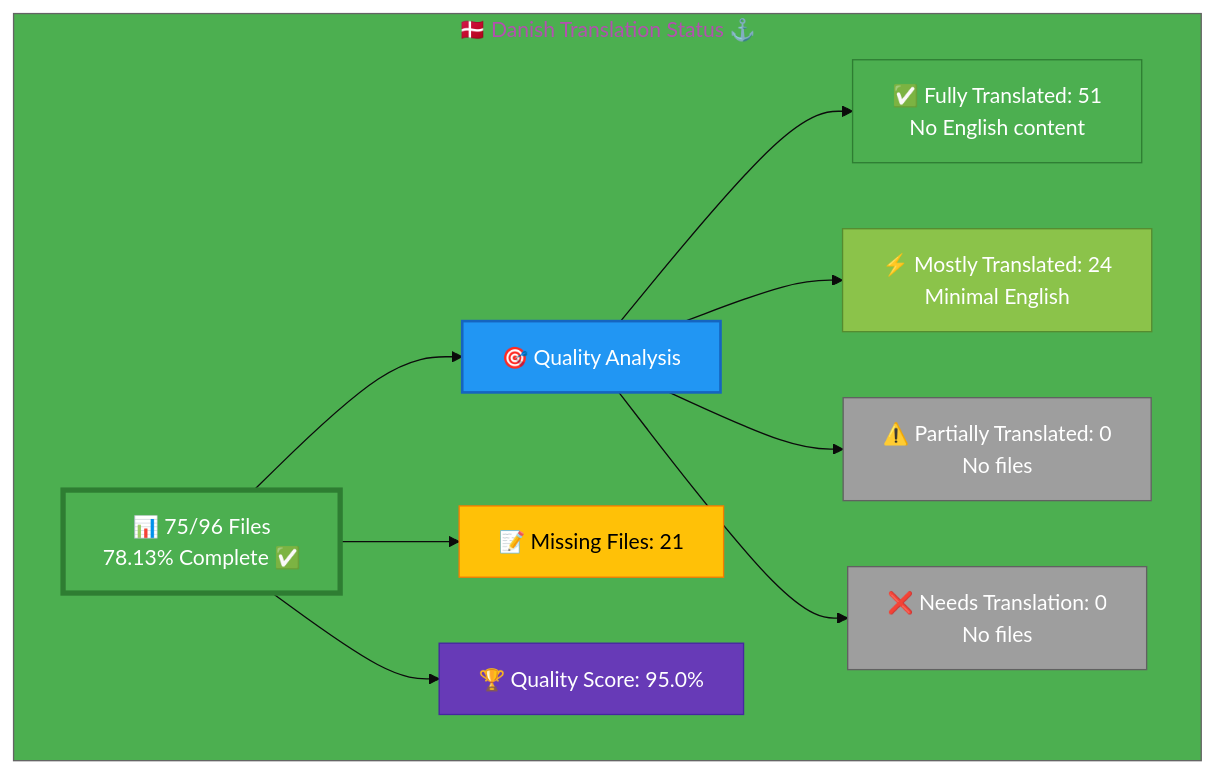
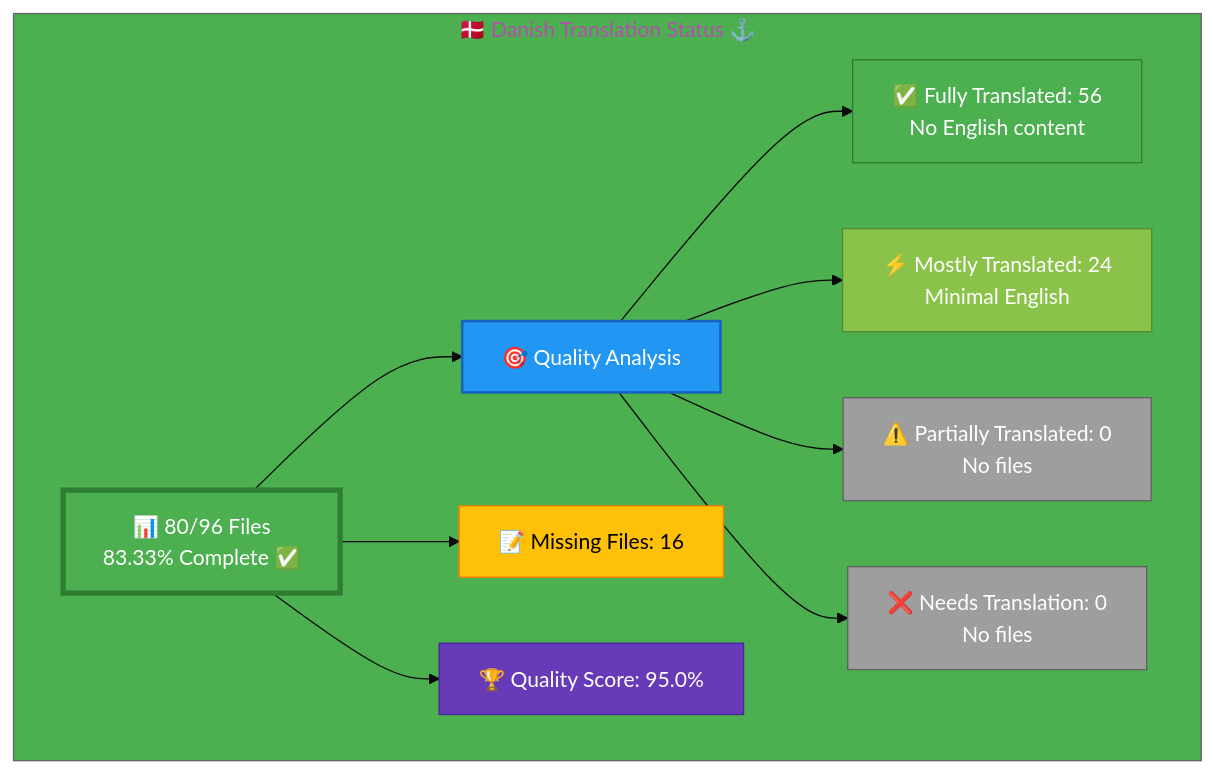
Before and after one commit to Hack23/homepage: the diagram in Danish-Translation-Status.md, drawn with Mermaid. The commit also changed other lines of this file, not shown here.

````diff
--- a/Danish-Translation-Status.md
+++ b/Danish-Translation-Status.md
@@ -34,26 +41,26 @@
 ```mermaid
 %%{init: {'theme':'base', 'themeVariables': {'primaryColor':'#4CAF50','secondaryColor':'#2196F3','tertiaryColor':'#4CAF50','fontSize':'16px'}}}%%
 graph TB
     subgraph "🇩🇰 Danish Translation Status ⚓"
-        A["📊 75/96 Files<br/>78.13% Complete ✅ "]
+        A["📊 80/96 Files<br/>83.33% Complete ✅ "]
         
         A --> B["🎯 Quality Analysis"]
-        B --> C["✅ Fully Translated: 51<br/>No English content"]
+        B --> C["✅ Fully Translated: 56<br/>No English content"]
         B --> D["⚡ Mostly Translated: 24<br/>Minimal English"]
         B --> E["⚠️  Partially Translated: 0<br/>No files"]
         B --> F["❌ Needs Translation: 0<br/>No files"]
         
-        A --> G["📝 Missing Files: 21"]
+        A --> G["📝 Missing Files: 16"]
         
         A --> H["🏆 Quality Score: 95.0%"]
         
         style A fill:#4CAF50,stroke:#2E7D32,color:#fff,stroke-width:4px
         style B fill:#2196F3,stroke:#1565C0,color:#fff,stroke-width:2px
         style C fill:#4CAF50,stroke:#2E7D32,color:#fff
         style D fill:#8BC34A,stroke:#558B2F,color:#fff
         style E fill:#9E9E9E,stroke:#616161,color:#fff
         style F fill:#9E9E9E,stroke:#616161,color:#fff
         style G fill:#FFC107,stroke:#F57C00,color:#000
         style H fill:#673AB7,stroke:#4527A0,color:#fff
     end
 ```
````
